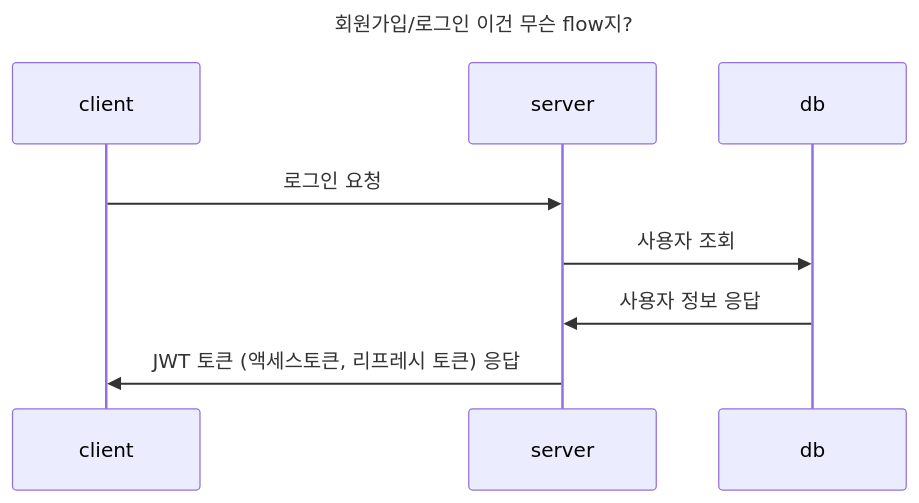
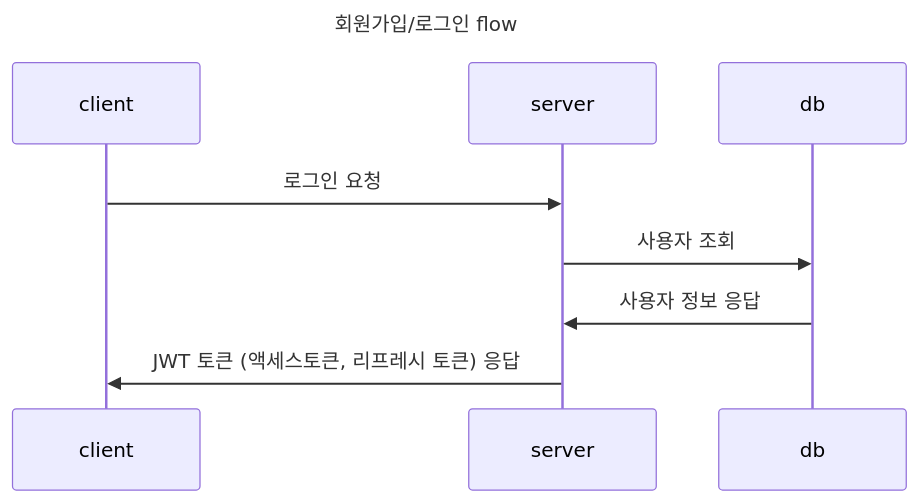
One commit to jay91537/CourtNet changed the second of 4 diagrams in Flowchart.md. Above: the diagram before and after it, drawn with Mermaid.

Commit message:
Docs : Flowchart 수정
- 회원가입 / 로그인 flow 수정

````diff
--- a/Flowchart.md
+++ b/Flowchart.md
@@ -27,13 +27,13 @@
 ```mermaid
 ---
-title : 회원가입/로그인 이건 무슨 flow지?
+title : 회원가입/로그인 flow
 ---
 sequenceDiagram
 	participant client
 	participant server
 	participant db
 	client->>server: 로그인 요청
 	server->>db: 사용자 조회
 	db->>server: 사용자 정보 응답
 	server->>client: JWT 토큰 (액세스토큰, 리프레시 토큰) 응답
 ```
````
